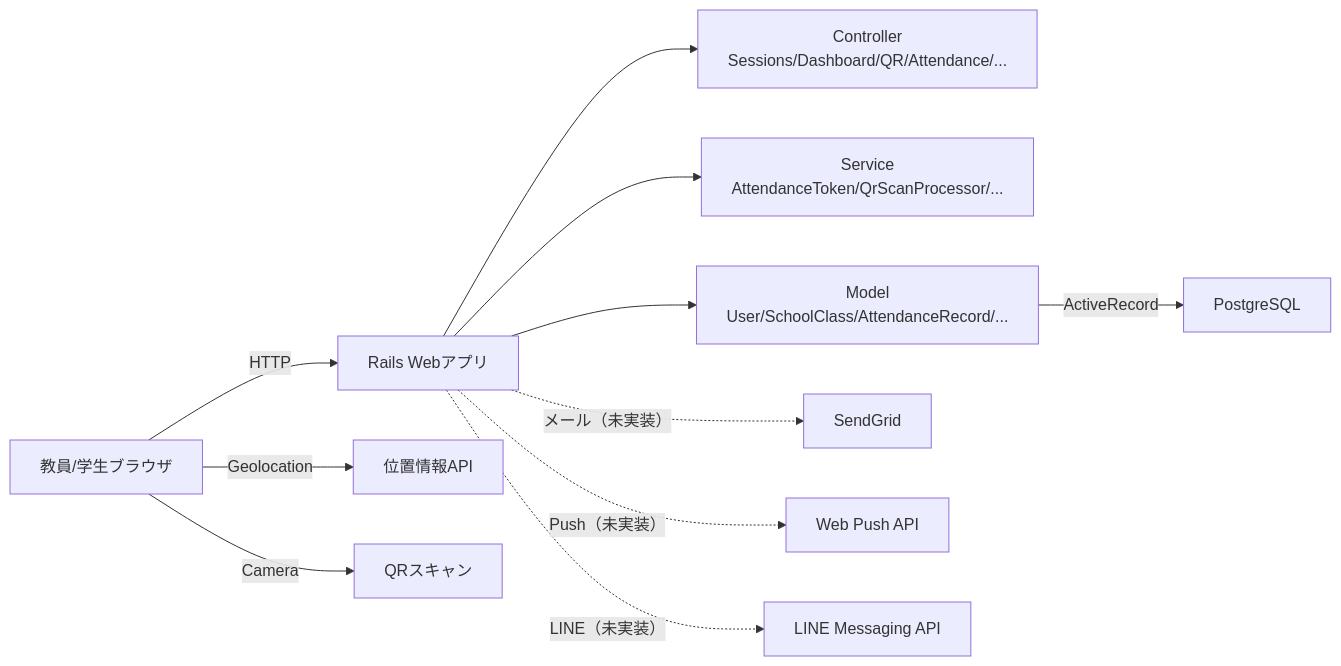
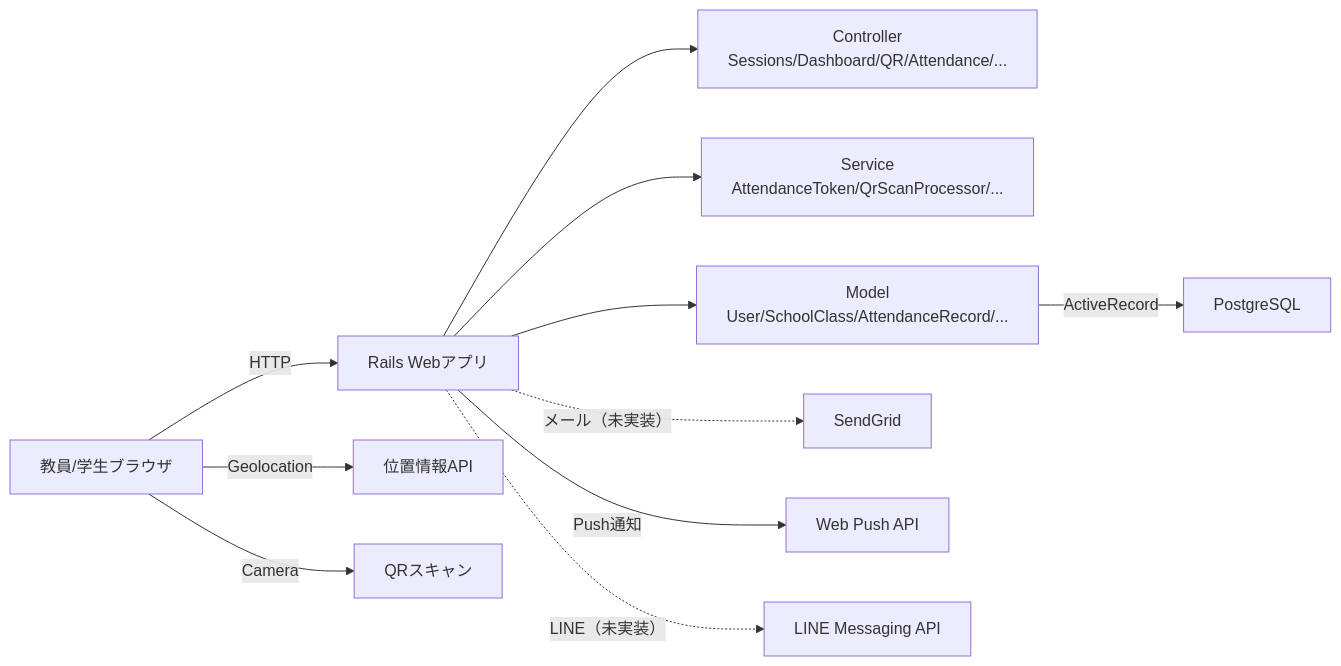
Before and after one commit to syusyusyusyu/Attendance: the first of 12 diagrams in README.md, drawn with Mermaid. The commit also changed other lines of this file and 5 other files, not shown here.

````diff
--- a/README.md
+++ b/README.md
@@ -303,13 +303,13 @@
 ```mermaid
 flowchart LR
   User[教員/学生ブラウザ] -->|HTTP| Rails["Rails Webアプリ"]
   Rails --> Controller["Controller<br/>Sessions/Dashboard/QR/Attendance/..."]
   Rails --> Service["Service<br/>AttendanceToken/QrScanProcessor/..."]
   Rails --> Model["Model<br/>User/SchoolClass/AttendanceRecord/..."]
   Model -->|ActiveRecord| DB["PostgreSQL"]
   User -->|Geolocation| GPS["位置情報API"]
   User -->|Camera| QR["QRスキャン"]
   Rails -.->|メール（未実装）| SMTP["SendGrid"]
-  Rails -.->|Push（未実装）| WebPush["Web Push API"]
+  Rails -->|Push通知| WebPush["Web Push API"]
   Rails -.->|LINE（未実装）| LINE["LINE Messaging API"]
 ```
````
